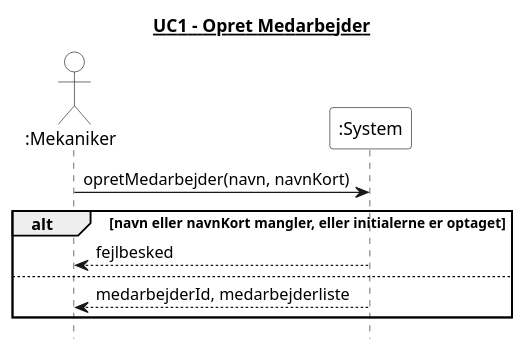
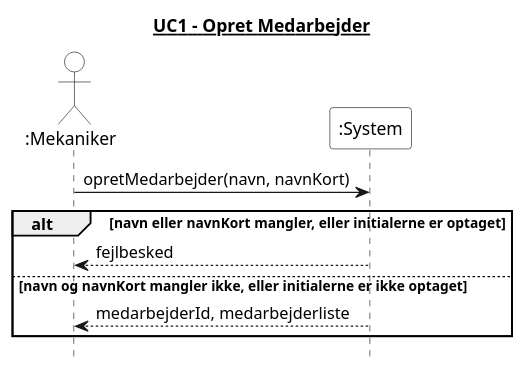
One commit to Zoabz/Getting-Real changed the diagram in 4. System Sekvens Diagram/UC1_opret_medarbejder.puml. Above: the diagram before and after it, drawn with PlantUML. The commit also changed 14 other files, not shown here.

```diff
--- a/4. System Sekvens Diagram/UC1_opret_medarbejder.puml
+++ b/4. System Sekvens Diagram/UC1_opret_medarbejder.puml
@@ -1,25 +1,25 @@
 @startuml
 title <u>UC1 - Opret Medarbejder</u>
 hide footbox
 skinparam monochrome true
 skinparam shadowing false
 skinparam backgroundColor white
 skinparam actor {
   BackgroundColor white
 }
 skinparam participant {
   BackgroundColor white
 }
 
 actor ":Mekaniker"
 participant ":System" as System
 
 ":Mekaniker" -> System : opretMedarbejder(navn, navnKort)
 
 alt navn eller navnKort mangler, eller initialerne er optaget
   System --> ":Mekaniker" : fejlbesked
-else
+else navn og navnKort mangler ikke, eller initialerne er ikke optaget
   System --> ":Mekaniker" : medarbejderId, medarbejderliste
 end
 
 @enduml
```
